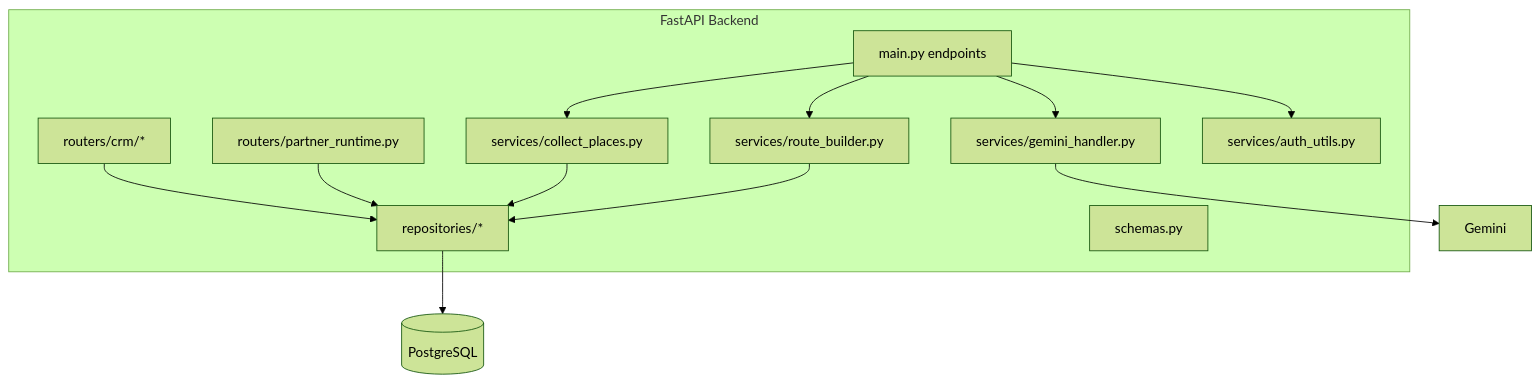
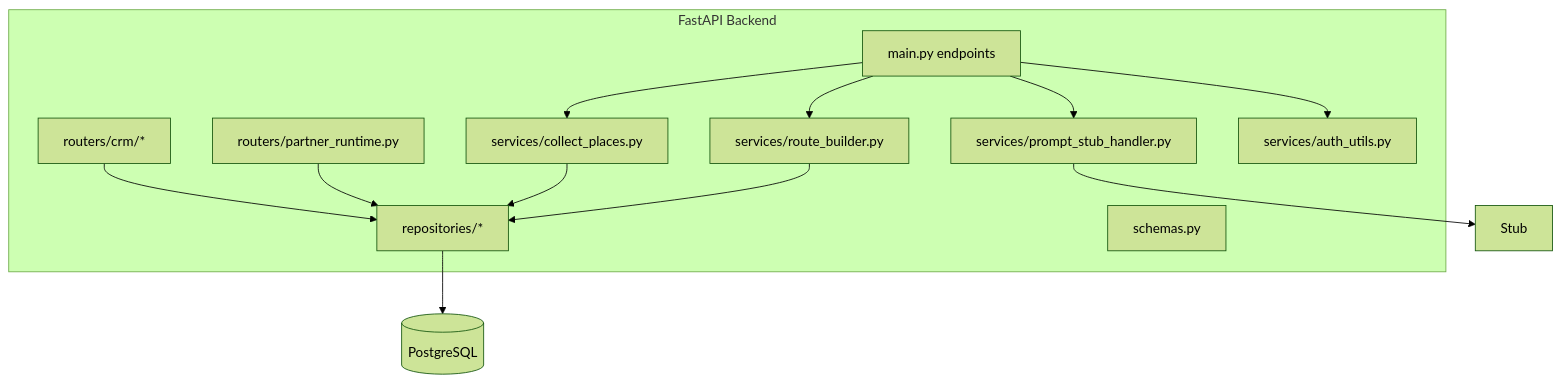
One commit to ArtiomVlasov/trip-planner changed the second of 5 diagrams in docs/architecture/uml-text.md. Above: the diagram before and after it, drawn with Mermaid (forest theme). The commit also changed other lines of this file and 33 other files, not shown here.

````diff
--- a/docs/architecture/uml-text.md
+++ b/docs/architecture/uml-text.md
@@ -24,25 +24,25 @@
 ```mermaid
 flowchart TB
     subgraph Backend[FastAPI Backend]
         R1[main.py endpoints]
         R2[routers/crm/*]
         R3[routers/partner_runtime.py]
-        S1[services/gemini_handler.py]
+        S1[services/prompt_stub_handler.py]
         S2[services/collect_places.py]
         S3[services/route_builder.py]
         S4[services/auth_utils.py]
         REPO[repositories/*]
         SCH[schemas.py]
     end
 
     R1 --> S1
     R1 --> S2
     R1 --> S3
     R1 --> S4
     R2 --> REPO
     R3 --> REPO
     S2 --> REPO
     S3 --> REPO
     REPO --> DB[(PostgreSQL)]
-    S1 --> AI[Gemini]
+    S1 --> AI[Stub]
 ```
````
